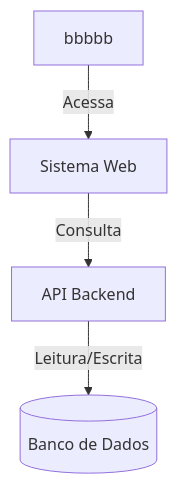
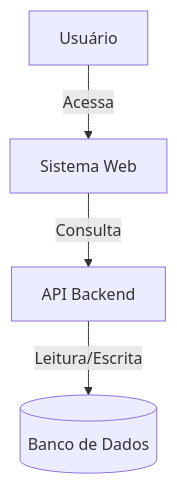
The diagram in arquitetura/diagramas/diagrama1.mmd (rafaelTsu/teste), drawn with Mermaid before and after one commit.

```diff
--- a/arquitetura/diagramas/diagrama1.mmd
+++ b/arquitetura/diagramas/diagrama1.mmd
@@ -1,4 +1,4 @@
 graph TD
-    A[bbbbb] -->|Acessa| B[Sistema Web]
+    A[Usuário] -->|Acessa| B[Sistema Web]
     B -->|Consulta| C[API Backend]
     C -->|Leitura/Escrita| D[(Banco de Dados)]
```
